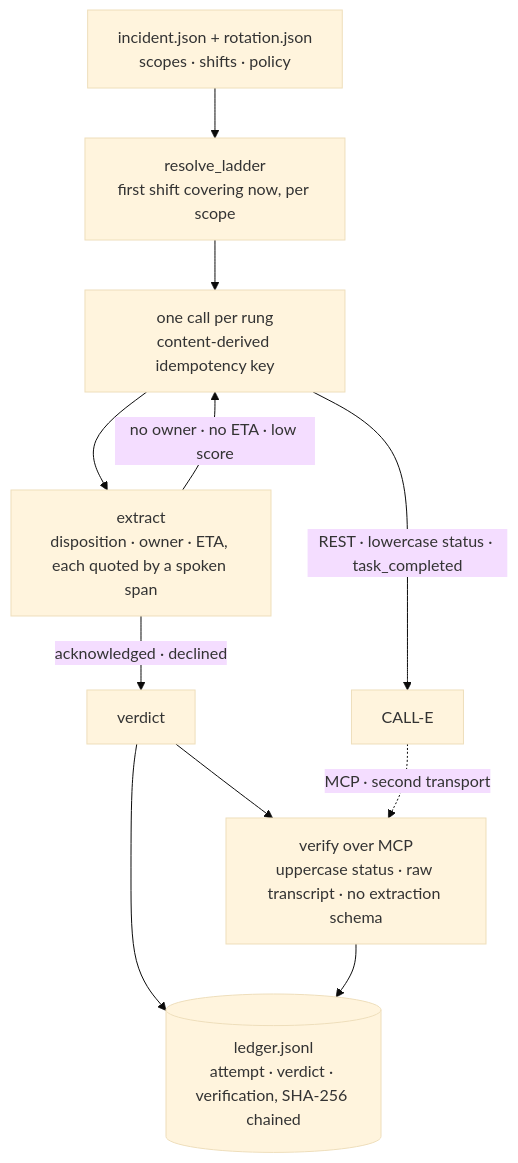
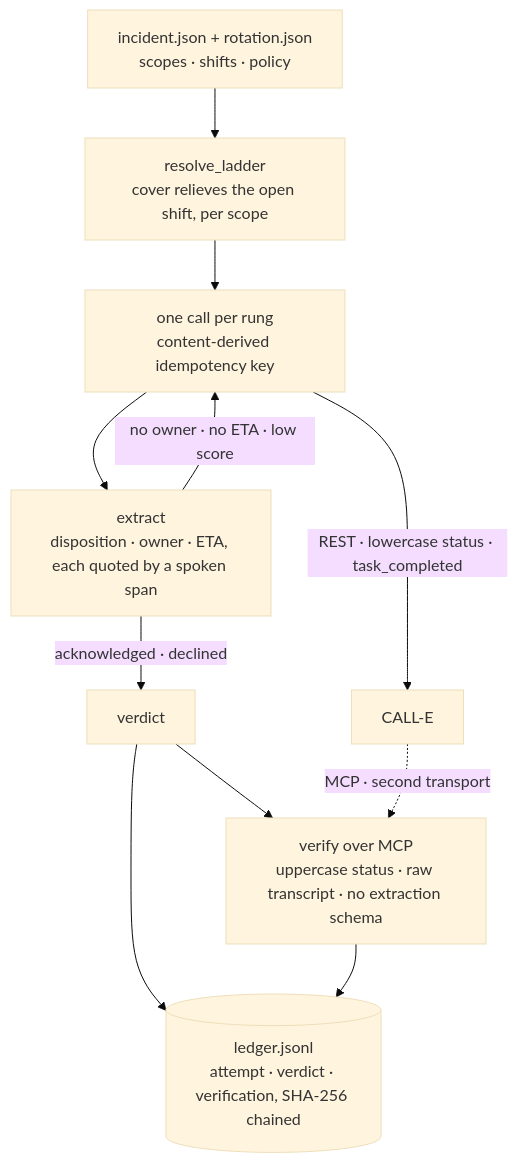
The diagram in README.md (gmassello/ringdown), drawn with Mermaid (base theme) before and after one commit. The commit also changed other lines of this file and 11 other files, not shown here.

````diff
--- a/README.md
+++ b/README.md
@@ -94,13 +94,13 @@
 ```mermaid
 flowchart TD
-    INC["incident.json + rotation.json<br/>scopes · shifts · policy"] --> LADDER["resolve_ladder<br/>first shift covering now, per scope"]
+    INC["incident.json + rotation.json<br/>scopes · shifts · policy"] --> LADDER["resolve_ladder<br/>cover relieves the open shift, per scope"]
     LADDER --> CALL["one call per rung<br/>content-derived idempotency key"]
     CALL -->|"REST · lowercase status · task_completed"| CALLE["CALL-E"]
     CALL --> EXTRACT["extract<br/>disposition · owner · ETA, each quoted by a spoken span"]
     EXTRACT -->|"acknowledged · declined"| VERDICT["verdict"]
     EXTRACT -->|"no owner · no ETA · low score"| CALL
     VERDICT --> AUDIT["verify over MCP<br/>uppercase status · raw transcript · no extraction schema"]
     VERDICT --> LEDGER[("ledger.jsonl<br/>attempt · verdict · verification, SHA-256 chained")]
     AUDIT --> LEDGER
     CALLE -.->|"MCP · second transport"| AUDIT
 ```
````
